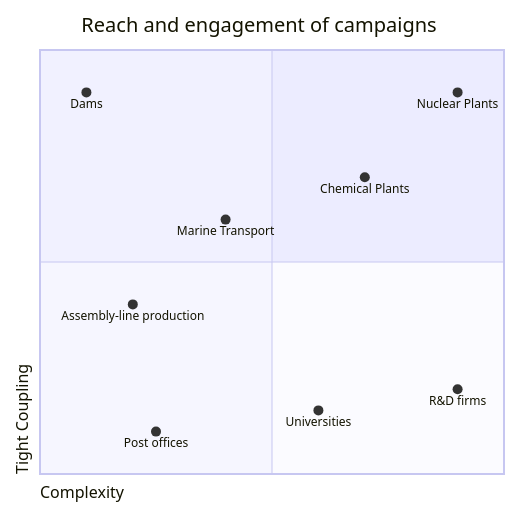
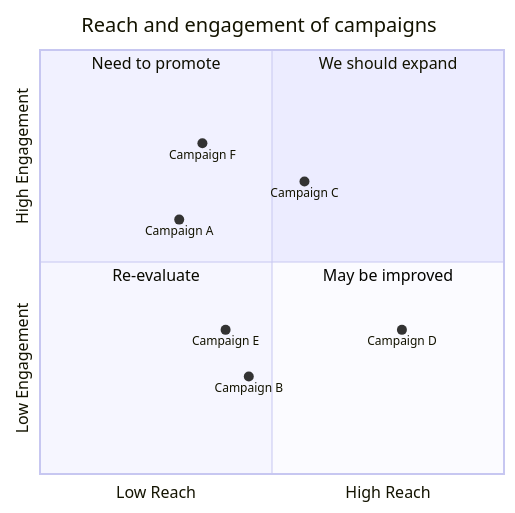
Before and after one commit to cabraham/Books: the diagram in meltdown.md, drawn with Mermaid.

Commit message:
testing sample mermaidchart

````diff
--- a/meltdown.md
+++ b/meltdown.md
@@ -30,14 +30,16 @@
 ```mermaid 
 quadrantChart
     title Reach and engagement of campaigns
-    x-axis Complexity
-    y-axis Tight Coupling
-    Dams: [0.1, 0.9]
-    Marine Transport: [0.4, 0.6]
-    Chemical Plants: [0.7, 0.7]
-    Nuclear Plants: [0.9, 0.9]
-    Assembly-line production: [0.20, 0.4]
-    Post offices: [0.25, 0.1]
-    Universities: [0.6, 0.15]
-    R&D firms: [0.9, 0.2]
+    x-axis Low Reach --> High Reach
+    y-axis Low Engagement --> High Engagement
+    quadrant-1 We should expand
+    quadrant-2 Need to promote
+    quadrant-3 Re-evaluate
+    quadrant-4 May be improved
+    Campaign A: [0.3, 0.6]
+    Campaign B: [0.45, 0.23]
+    Campaign C: [0.57, 0.69]
+    Campaign D: [0.78, 0.34]
+    Campaign E: [0.40, 0.34]
+    Campaign F: [0.35, 0.78]
 ```
````
